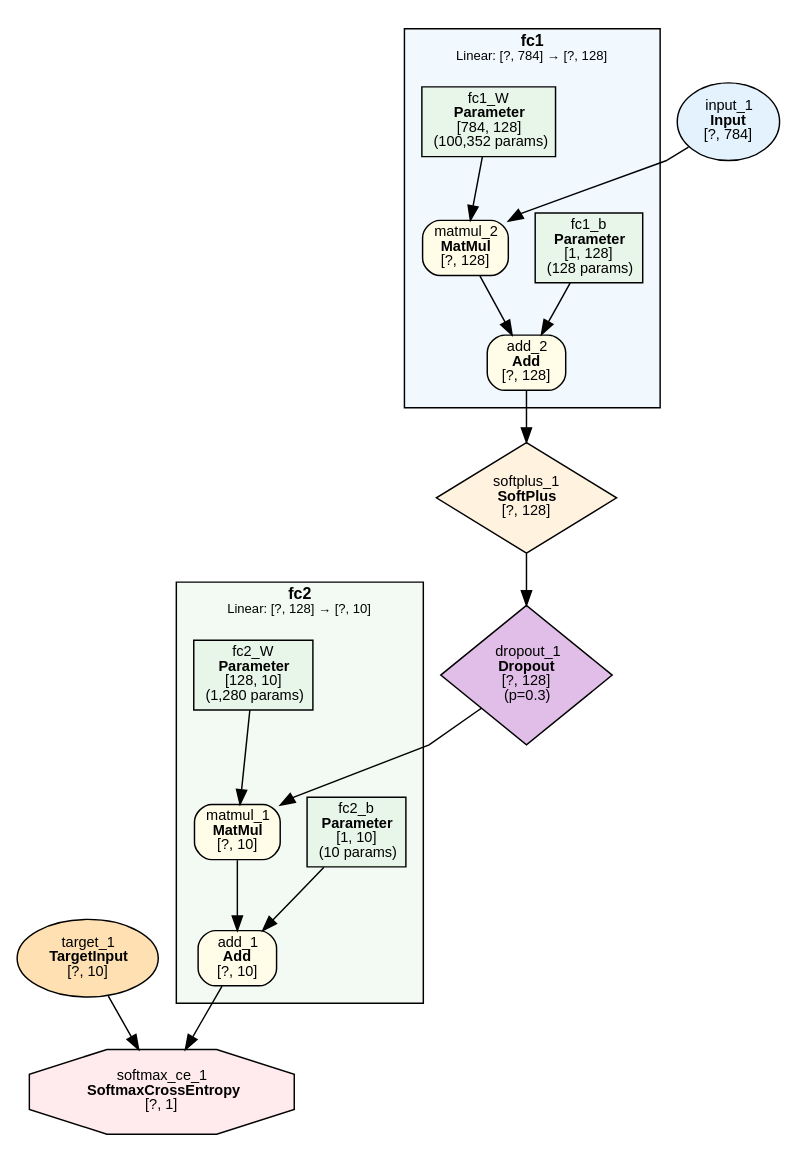
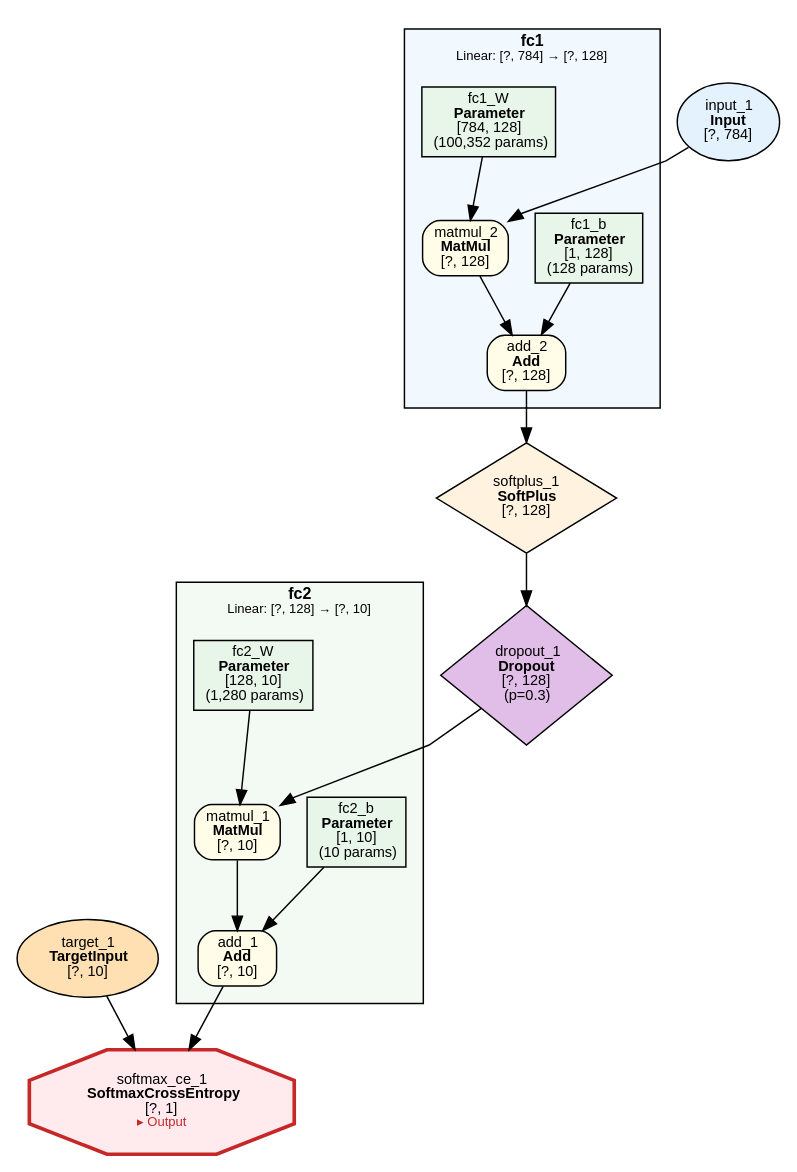
The diagram in examples/mnist/mnist.dot (dbsxdbsx/only_torch), drawn with Graphviz before and after one commit. The commit also changed 26 other files, not shown here.

```diff
--- a/examples/mnist/mnist.dot
+++ b/examples/mnist/mnist.dot
@@ -1,52 +1,52 @@
 digraph ComputeGraph {
     rankdir=TB;
     newrank=true;
     splines=polyline;
     node [fontname="Microsoft YaHei,SimHei,Arial"];
     edge [fontname="Microsoft YaHei,SimHei,Arial"];
 
     subgraph cluster_fc1 {
         label=<<B>fc1</B><BR/><FONT POINT-SIZE="9">Linear: [?, 784] → [?, 128]</FONT>>;
         style=filled;
         fillcolor="#E3F2FD80";
         fontname="Microsoft YaHei,SimHei,Arial";
         fontsize=11;
         margin=12;
             "9" [label=<add_2<BR/><B>Add</B><BR/>[?, 128]> shape=box style="filled,rounded" fillcolor="#FFFDE7" fontsize=10];
             "10" [label=<matmul_2<BR/><B>MatMul</B><BR/>[?, 128]> shape=box style="filled,rounded" fillcolor="#FFFDE7" fontsize=10];
             "11" [label=<fc1_b<BR/><B>Parameter</B><BR/>[1, 128]<BR/>(128 params)> shape=box style=filled fillcolor="#E8F5E9" fontsize=10];
             "13" [label=<fc1_W<BR/><B>Parameter</B><BR/>[784, 128]<BR/>(100,352 params)> shape=box style=filled fillcolor="#E8F5E9" fontsize=10];
     }
 
     subgraph cluster_fc2 {
         label=<<B>fc2</B><BR/><FONT POINT-SIZE="9">Linear: [?, 128] → [?, 10]</FONT>>;
         style=filled;
         fillcolor="#E8F5E980";
         fontname="Microsoft YaHei,SimHei,Arial";
         fontsize=11;
         margin=12;
             "2" [label=<add_1<BR/><B>Add</B><BR/>[?, 10]> shape=box style="filled,rounded" fillcolor="#FFFDE7" fontsize=10];
             "4" [label=<matmul_1<BR/><B>MatMul</B><BR/>[?, 10]> shape=box style="filled,rounded" fillcolor="#FFFDE7" fontsize=10];
             "5" [label=<fc2_b<BR/><B>Parameter</B><BR/>[1, 10]<BR/>(10 params)> shape=box style=filled fillcolor="#E8F5E9" fontsize=10];
             "7" [label=<fc2_W<BR/><B>Parameter</B><BR/>[128, 10]<BR/>(1,280 params)> shape=box style=filled fillcolor="#E8F5E9" fontsize=10];
     }
 
-    "1" [label=<softmax_ce_1<BR/><B>SoftmaxCrossEntropy</B><BR/>[?, 1]> shape=octagon style=filled fillcolor="#FFEBEE" fontsize=10];
+    "1" [label=<softmax_ce_1<BR/><B>SoftmaxCrossEntropy</B><BR/>[?, 1]<BR/><FONT COLOR="#C62828" POINT-SIZE="9">▸ Output</FONT>> shape=octagon style=filled fillcolor="#FFEBEE" fontsize=10 penwidth=2.5 color="#C62828"];
     "3" [label=<target_1<BR/><B>TargetInput</B><BR/>[?, 10]> shape=ellipse style=filled fillcolor="#FFE0B2" fontsize=10];
     "6" [label=<dropout_1<BR/><B>Dropout</B><BR/>[?, 128]<BR/>(p=0.3)> shape=diamond style=filled fillcolor="#E1BEE7" fontsize=10];
     "8" [label=<softplus_1<BR/><B>SoftPlus</B><BR/>[?, 128]> shape=diamond style=filled fillcolor="#FFF3E0" fontsize=10];
     "12" [label=<input_1<BR/><B>Input</B><BR/>[?, 784]> shape=ellipse style=filled fillcolor="#E3F2FD" fontsize=10];
 
     "2" -> "1";
     "3" -> "1";
     "4" -> "2";
     "5" -> "2";
     "6" -> "4";
     "7" -> "4";
     "8" -> "6";
     "9" -> "8";
     "10" -> "9";
     "11" -> "9";
     "12" -> "10";
     "13" -> "10";
 }
```
